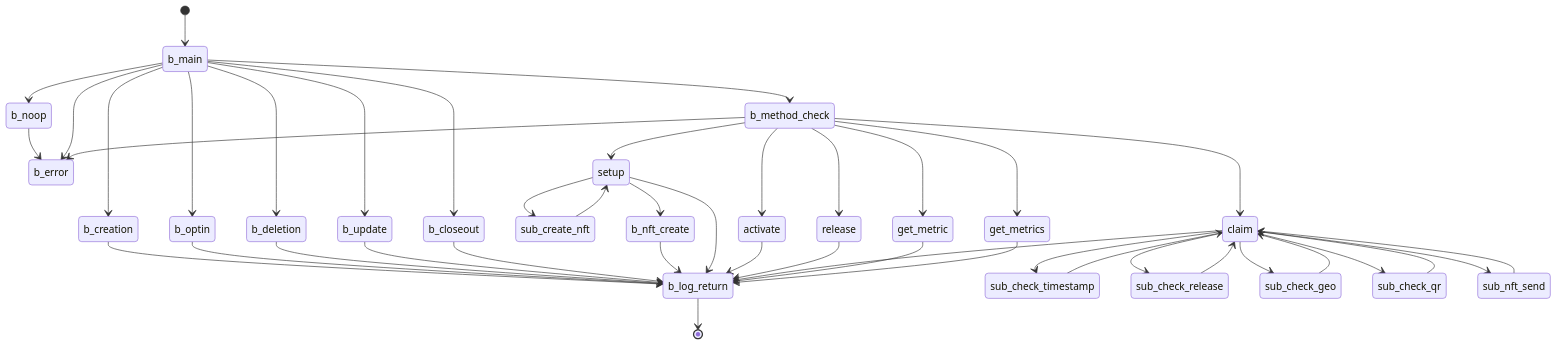
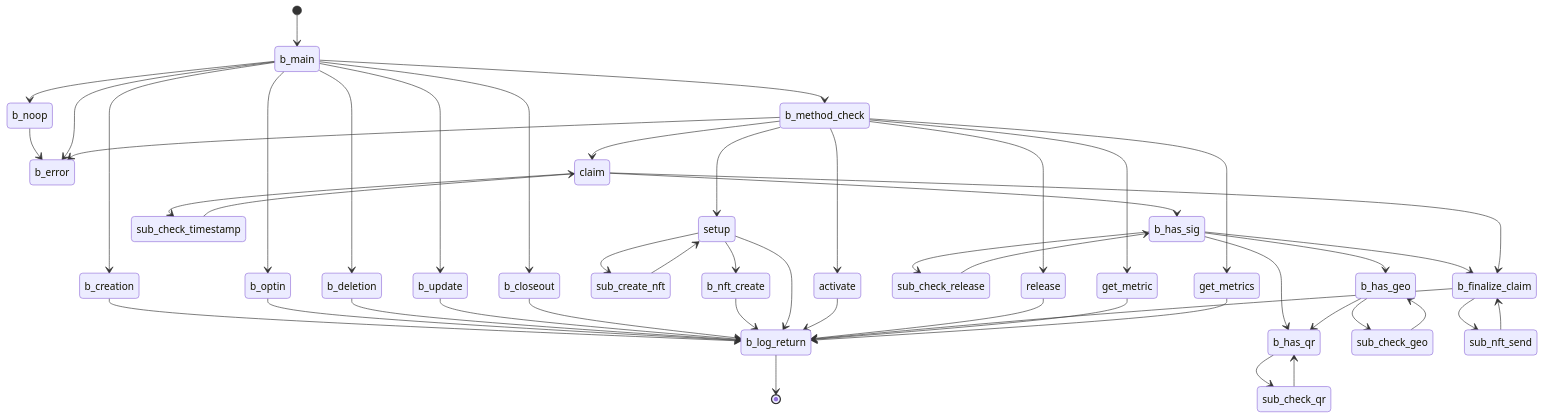
One commit to GoPlausible/.github changed the ninth of 10 diagrams in profile/README.md. Above: the diagram before and after it, drawn with Mermaid.

````diff
--- a/profile/README.md
+++ b/profile/README.md
@@ -529,65 +529,74 @@
 ```mermaid
   stateDiagram-v2
     [*] --> b_main
     b_main --> b_method_check
     b_main --> b_creation
     b_creation --> b_log_return
     b_main --> b_optin
     b_optin --> b_log_return
     b_main --> b_deletion
     b_deletion --> b_log_return
     b_main --> b_update
     b_update --> b_log_return
     b_main --> b_closeout
     b_closeout --> b_log_return
 
  
     b_main --> b_noop
     
     b_noop --> b_error
     b_main --> b_error
   
 
     b_method_check --> setup
     setup --> sub_create_nft
     setup --> b_nft_create
     sub_create_nft --> setup
     b_nft_create --> b_log_return
     setup --> b_log_return
 
     b_method_check --> activate
     activate --> b_log_return
 
     b_method_check --> release
     release --> b_log_return
 
     b_method_check --> claim
 
     claim --> sub_check_timestamp
     sub_check_timestamp --> claim
+   
 
-    claim --> sub_check_release
-    sub_check_release --> claim
-   
-    claim --> sub_check_geo
-    sub_check_geo --> claim
- 
-    claim --> sub_check_qr
-    sub_check_qr --> claim
+    claim --> b_has_sig
+    b_has_sig --> sub_check_release
+    sub_check_release --> b_has_sig
+    b_has_sig --> b_has_geo
+    b_has_sig --> b_has_qr
+    b_has_sig --> b_finalize_claim
+    b_has_geo --> sub_check_geo
+    sub_check_geo --> b_has_geo
+    b_has_geo --> b_has_qr
+    
+    b_has_qr --> sub_check_qr
+    sub_check_qr --> b_has_qr
+
   
-    claim --> sub_nft_send
-    sub_nft_send --> claim
-    claim --> b_log_return
+
+
+    claim --> b_finalize_claim
+    b_finalize_claim --> sub_nft_send
+    sub_nft_send --> b_finalize_claim
+    b_finalize_claim --> b_log_return
 
   
     b_method_check --> get_metric
     get_metric --> b_log_return
     
   
     b_method_check --> get_metrics
     get_metrics --> b_log_return
     b_method_check --> b_error
     
     b_log_return --> [*]
     
 ```
````
